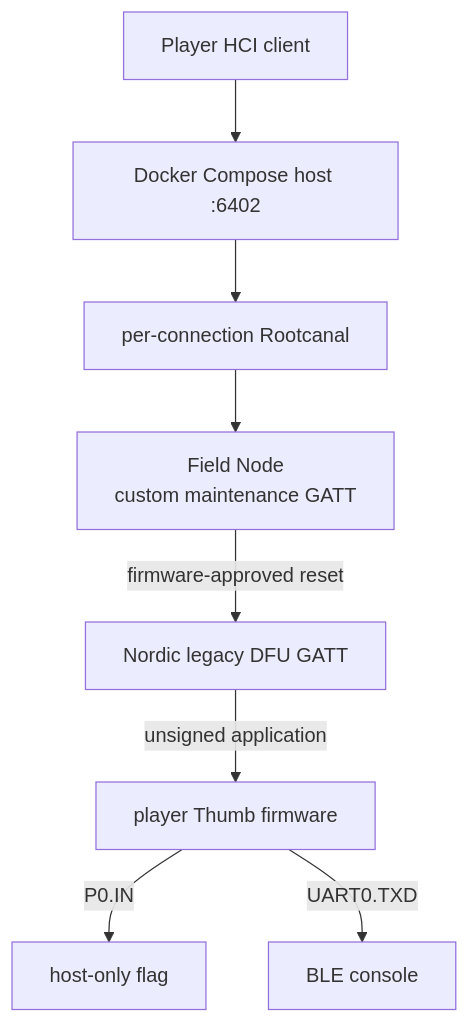
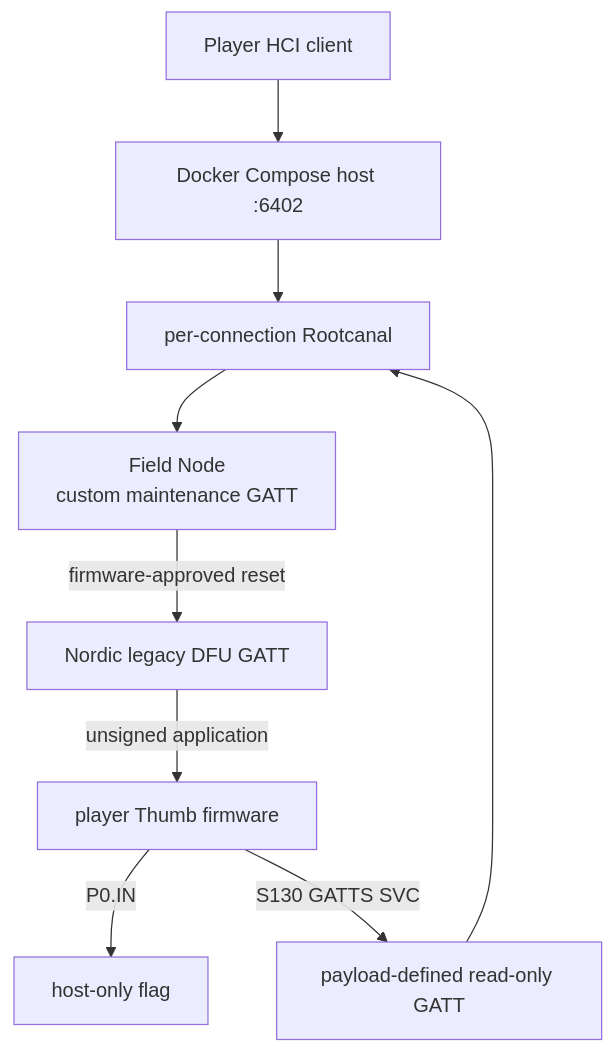
The diagram in README.md (asef18766/yaju-os), drawn with Mermaid before and after one commit. The commit also changed other lines of this file and 26 other files, not shown here.

Commit message:
Unify board runtime and enforce BLE-only output

````diff
--- a/README.md
+++ b/README.md
@@ -17,10 +18,11 @@
 ```mermaid
 flowchart TD
     Player["Player HCI client"] --> Host["Docker Compose host :6402"]
     Host --> Rootcanal["per-connection Rootcanal"]
     Rootcanal --> Initial["Field Node\ncustom maintenance GATT"]
     Initial -->|"firmware-approved reset"| Dfu["Nordic legacy DFU GATT"]
     Dfu -->|"unsigned application"| Payload["player Thumb firmware"]
     Payload -->|"P0.IN"| Flag["host-only flag"]
-    Payload -->|"UART0.TXD"| Console["BLE console"]
+    Payload -->|"S130 GATTS SVC"| Result["payload-defined read-only GATT"]
+    Result --> Rootcanal
 ```
````
